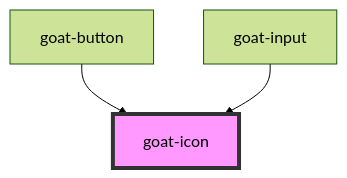
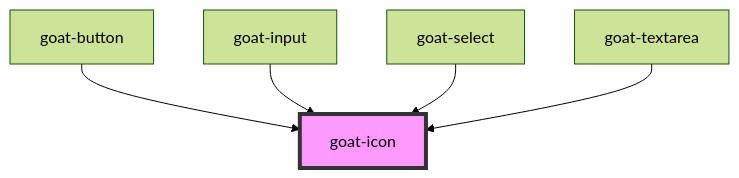
Before and after one commit to goatui/components: the diagram in src/components/content/icon/readme.md, drawn with Mermaid (forest theme). The commit also changed other lines of this file and 104 other files, not shown here.

````diff
--- a/src/components/content/icon/readme.md
+++ b/src/components/content/icon/readme.md
@@ -25,6 +27,8 @@
 ```mermaid
 graph TD;
   goat-button --> goat-icon
   goat-input --> goat-icon
+  goat-select --> goat-icon
+  goat-textarea --> goat-icon
   style goat-icon fill:#f9f,stroke:#333,stroke-width:4px
 ```
````
